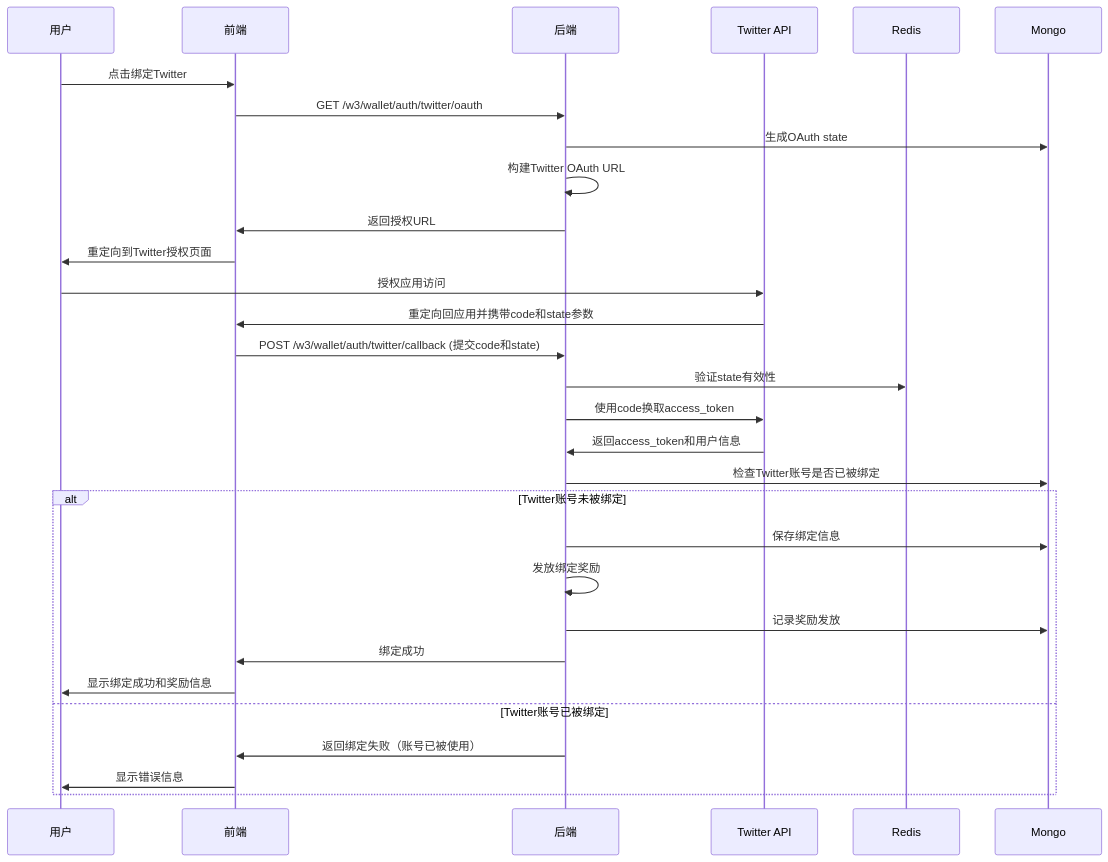
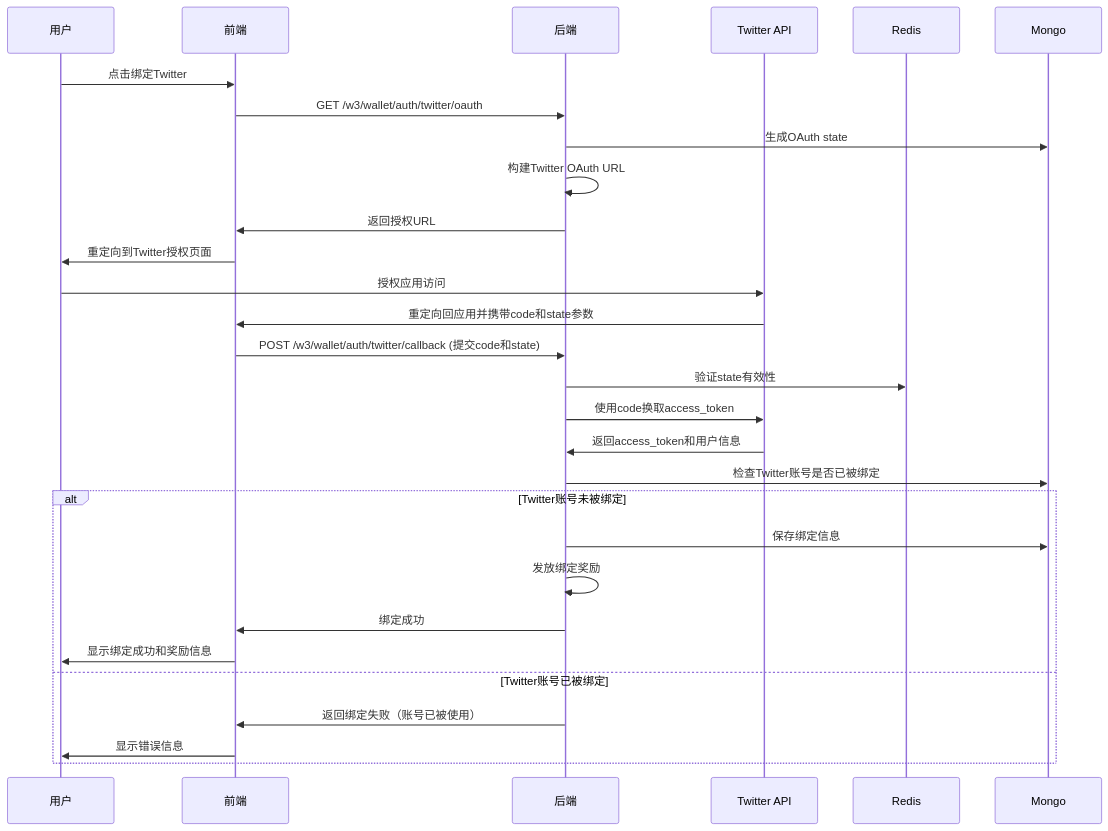
One commit to yingjianzh/iodraw-files changed the diagram in all/未命名-73.md. Above: the diagram before and after it, drawn with Mermaid.

Commit message:
2025-07-07 10:55:07 update

````diff
--- a/all/未命名-73.md
+++ b/all/未命名-73.md
@@ -1,38 +1,38 @@
 ```mermaid
 
 sequenceDiagram
     participant User as 用户
     participant Frontend as 前端
     participant Backend as 后端
     participant Twitter as Twitter API
     participant Redis as Redis
     participant DB as Mongo
 
 
     User->>Frontend: 点击绑定Twitter
     Frontend->>Backend: GET /w3/wallet/auth/twitter/oauth
     Backend->>DB: 生成OAuth state
     Backend->>Backend: 构建Twitter OAuth URL
     Backend->>Frontend: 返回授权URL
     Frontend->>User: 重定向到Twitter授权页面
     
     User->>Twitter: 授权应用访问
     Twitter->>Frontend: 重定向回应用并携带code和state参数
     Frontend->>Backend: POST /w3/wallet/auth/twitter/callback (提交code和state)
     Backend->>Redis: 验证state有效性
     Backend->>Twitter: 使用code换取access_token
     Twitter->>Backend: 返回access_token和用户信息
     Backend->>DB: 检查Twitter账号是否已被绑定
     
     alt Twitter账号未被绑定
         Backend->>DB: 保存绑定信息
         Backend->>Backend: 发放绑定奖励
-        Backend->>DB: 记录奖励发放
+
         Backend->>Frontend: 绑定成功
         Frontend->>User: 显示绑定成功和奖励信息
     else Twitter账号已被绑定
         Backend->>Frontend: 返回绑定失败（账号已被使用）
         Frontend->>User: 显示错误信息
     end
 
 ```
````
